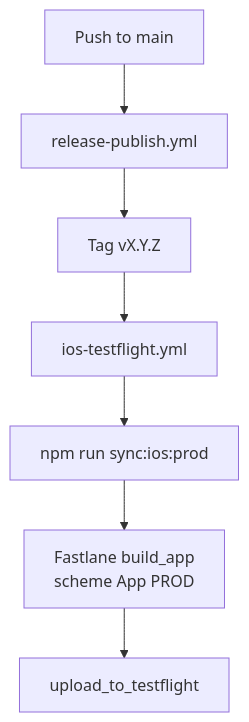
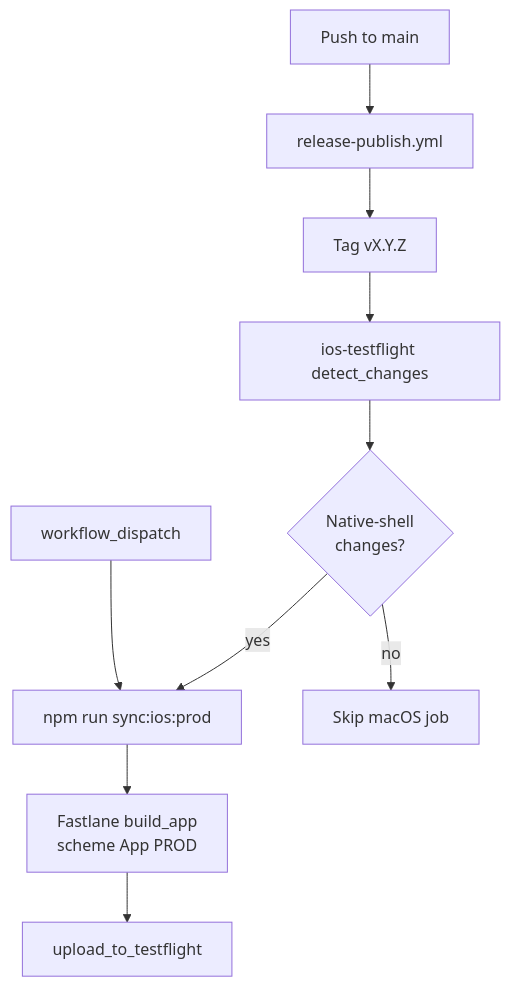
One commit to thetigeregg/game-shelf changed the diagram in docs/ios-testflight-ci.md. Above: the diagram before and after it, drawn with Mermaid. The commit also changed other lines of this file and 4 other files, not shown here.

Commit message:
ci(ios): gate TestFlight deploy on native-shell changes

````diff
--- a/docs/ios-testflight-ci.md
+++ b/docs/ios-testflight-ci.md
@@ -9,9 +9,12 @@
 ```mermaid
 flowchart TD
   MainPush[Push to main] --> ReleaseWF[release-publish.yml]
   ReleaseWF --> Tag["Tag vX.Y.Z"]
-  Tag --> iOSWF[ios-testflight.yml]
-  iOSWF --> NodeBuild["npm run sync:ios:prod"]
+  Tag --> Gate[ios-testflight detect_changes]
+  Gate --> Diff{Native-shell<br/>changes?}
+  Diff -->|yes| NodeBuild["npm run sync:ios:prod"]
+  Diff -->|no| Skip[Skip macOS job]
   NodeBuild --> FastlaneBuild["Fastlane build_app<br/>scheme App PROD"]
   FastlaneBuild --> TestFlight["upload_to_testflight"]
+  Dispatch[workflow_dispatch] --> NodeBuild
 ```
````
